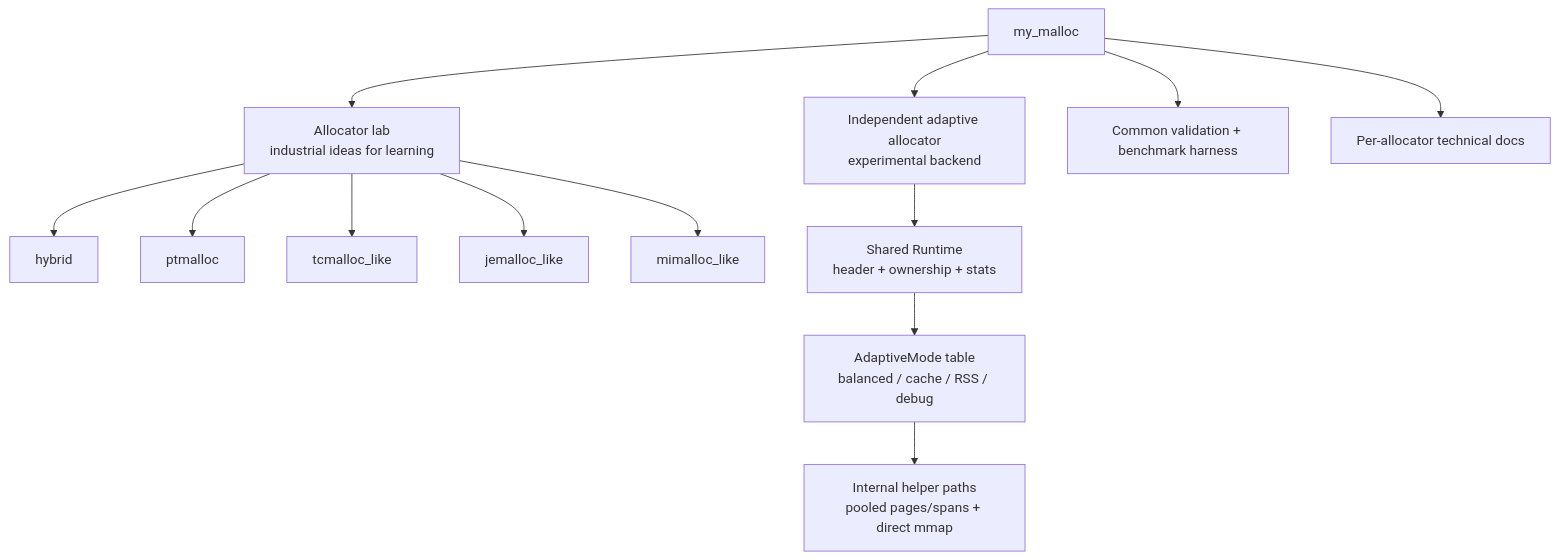
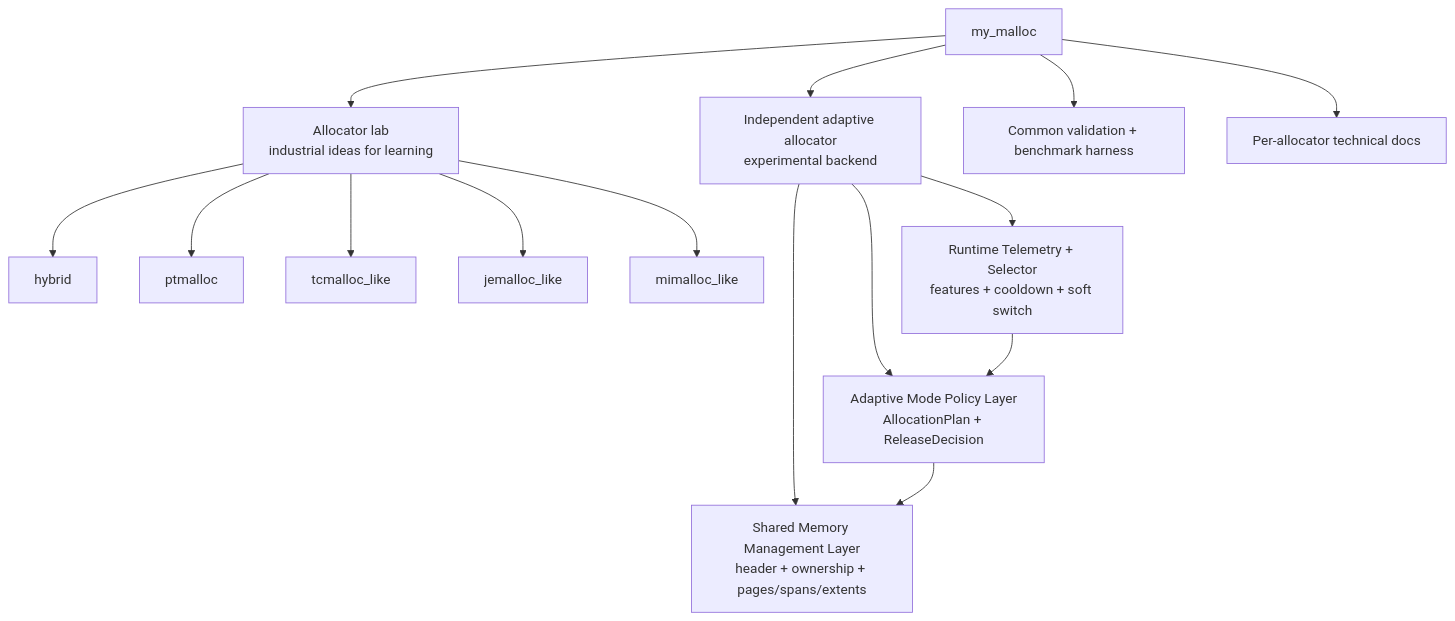
One commit to sdsasf/my_malloc changed the diagram in README.md. Above: the diagram before and after it, drawn with Mermaid. The commit also changed other lines of this file and 26 other files, not shown here.

Commit message:
Split adaptive allocator into layered architecture

````diff
--- a/README.md
+++ b/README.md
@@ -41,23 +40,25 @@
 ```mermaid
 flowchart TB
     Project["my_malloc"]
     Lab["Allocator lab<br/>industrial ideas for learning"]
     Adaptive["Independent adaptive allocator<br/>experimental backend"]
     Harness["Common validation + benchmark harness"]
     Docs["Per-allocator technical docs"]
 
     Project --> Lab
     Project --> Adaptive
     Project --> Harness
     Project --> Docs
 
     Lab --> Hybrid["hybrid"]
     Lab --> PT["ptmalloc"]
     Lab --> TC["tcmalloc_like"]
     Lab --> JE["jemalloc_like"]
     Lab --> MI["mimalloc_like"]
 
-    Adaptive --> Runtime["Shared Runtime<br/>header + ownership + stats"]
-    Runtime --> Modes["AdaptiveMode table<br/>balanced / cache / RSS / debug"]
-    Modes --> Helpers["Internal helper paths<br/>pooled pages/spans + direct mmap"]
+    Adaptive --> Services["Shared Memory Management Layer<br/>header + ownership + pages/spans/extents"]
+    Adaptive --> Modes["Adaptive Mode Policy Layer<br/>AllocationPlan + ReleaseDecision"]
+    Adaptive --> Selector["Runtime Telemetry + Selector<br/>features + cooldown + soft switch"]
+    Modes --> Services
+    Selector --> Modes
 ```
````
